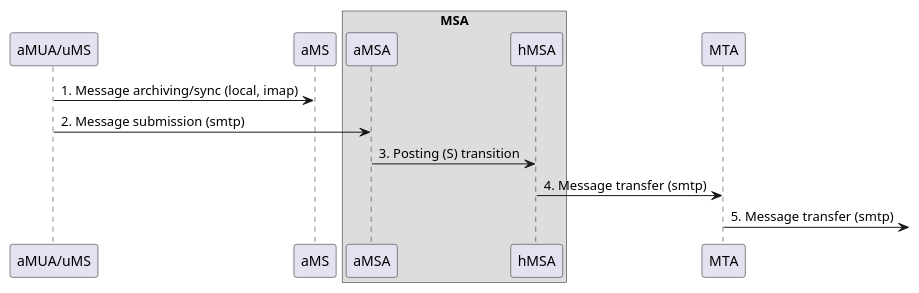
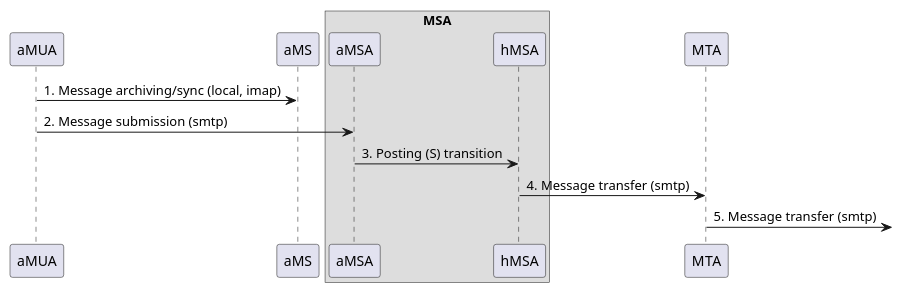
Before and after one commit to federizer/federizer: the diagram in docs/resources/rfc5598_sd_I.puml, drawn with PlantUML. The commit also changed 5 other files, not shown here.

```diff
--- a/docs/resources/rfc5598_sd_I.puml
+++ b/docs/resources/rfc5598_sd_I.puml
@@ -1,36 +1,36 @@
 @startuml Internet Mail Architecture (rfc5598), message flow part I.
 
 /'
 Message
 Message User Agent (MUA)
     Author MUA (aMUA)
     Recipient MUA (rMUA)
 Message Submission Agent (MSA)
     Author-focused MSA functions (aMSA)
     MHS-focused MSA functions (hMSA)
 Message Transfer Agent (MTA)
 Message Delivery Agent (MDA)
     Recipient-focused MDA functions (rMDA)
     MHS-focused MDA functions (hMDA)
 Message Store (MS)
     Author MS (aMS)
     Recipient MS (rMS)
     User Agent MS (uMS)
 '/
 
 'ADMD I.
-participant "aMUA/uMS" as aMUA /'MUA, uMS'/
+participant "aMUA" as aMUA /'MUA, uMS optional'/
 participant "aMS" as aMS /'Author MS'/
 box "MSA"
 participant "aMSA" as aMSA /'Author-focused MSA'/
 participant "hMSA" as hMSA /'MHS-focused MSA'/
 end box
 participant "MTA" as MTA /'MTA'/
 
 aMUA -> aMS : 1. Message archiving/sync (local, imap)
 aMUA -> aMSA : 2. Message submission (smtp)
 aMSA -> hMSA : 3. Posting (S) transition
 hMSA -> MTA : 4. Message transfer (smtp)
 MTA ->] : 5. Message transfer (smtp)
 
 @enduml
```
